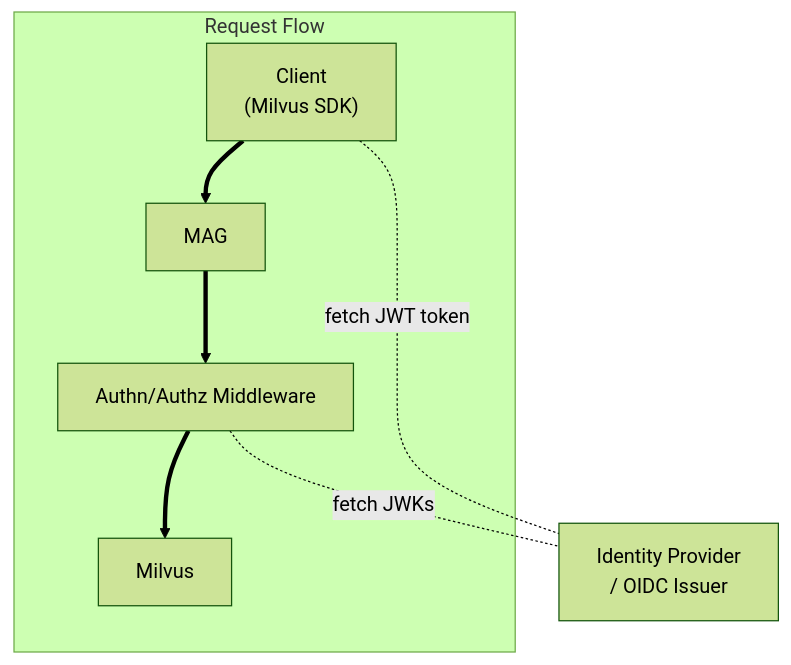
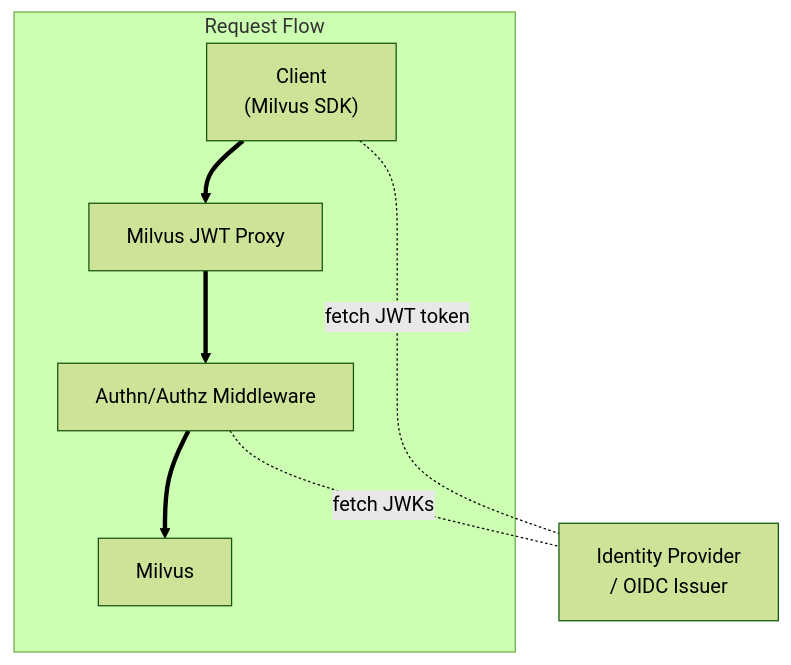
One commit to iwsh/milvus-jwt-proxy changed the diagram in README.md. Above: the diagram before and after it, drawn with Mermaid (forest theme). The commit also changed other lines of this file and 6 other files, not shown here.

````diff
--- a/README.md
+++ b/README.md
@@ -13,10 +13,10 @@
 ```mermaid
 flowchart
     subgraph Request Flow
-        Client["Client<br/>(Milvus SDK)"] ==> MAG
-        MAG ==> Auth["Authn/Authz Middleware"]
+        Client["Client<br/>(Milvus SDK)"] ==> Proxy["Milvus JWT Proxy"]
+        Proxy ==> Auth["Authn/Authz Middleware"]
         Auth ==> Milvus
     end
     Auth -.-|fetch JWKs| Issuer["Identity Provider <br/>/ OIDC Issuer"] 
     Client -.-|fetch JWT token| Issuer["Identity Provider <br/>/ OIDC Issuer"] 
 ```
````
